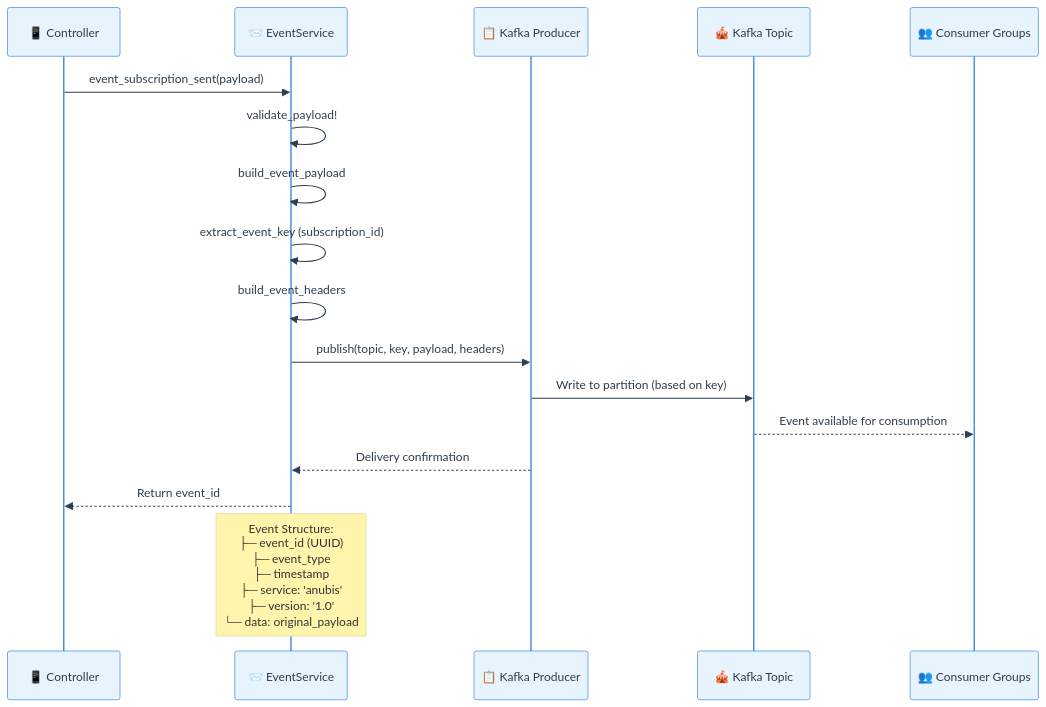
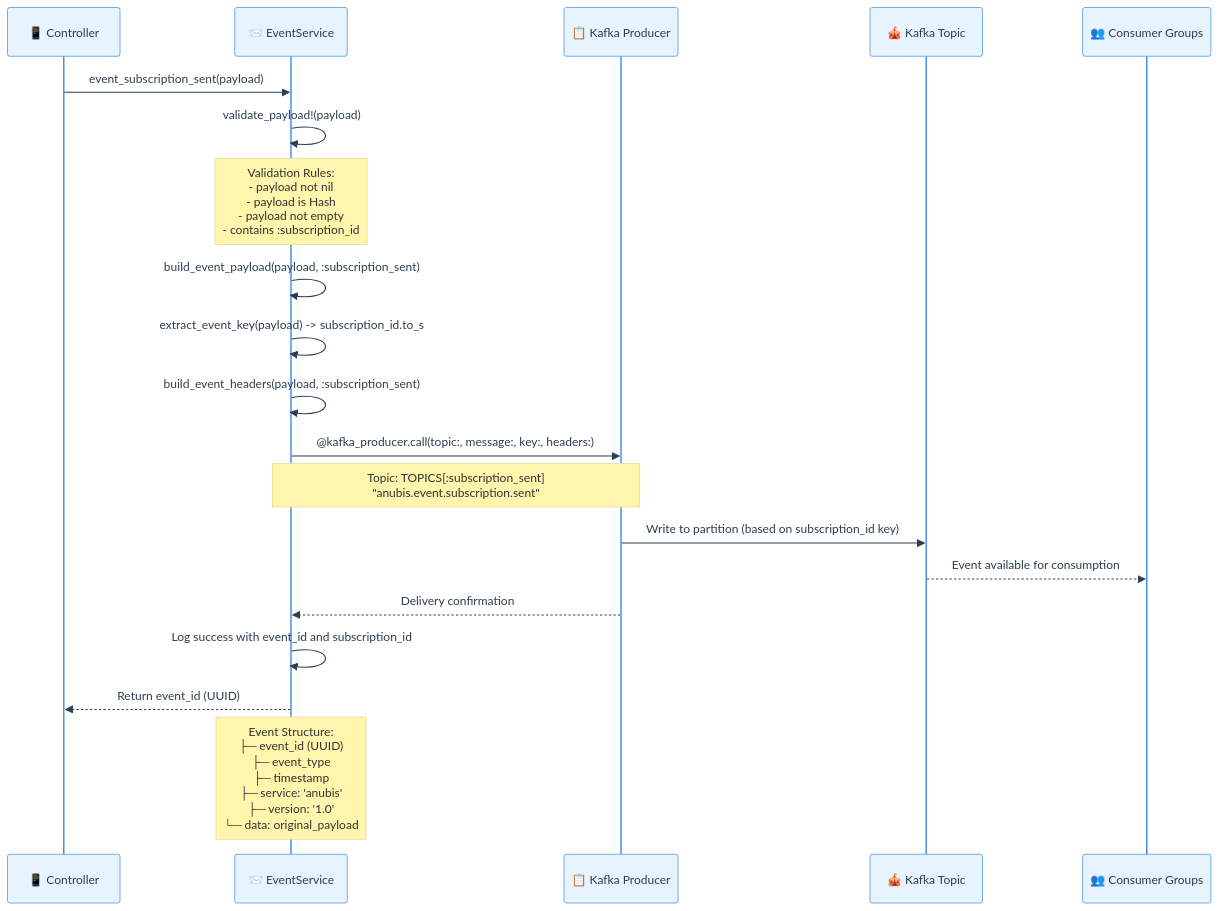
Before and after one commit to enogrob/project-qeevo-anubis: the sixth of 6 diagrams in inputs/started-requirements.md, drawn with Mermaid. The commit also changed other lines of this file, not shown here.

Commit message:
reviewed-started-requirements-due-to-event-service

````diff
--- a/inputs/started-requirements.md
+++ b/inputs/started-requirements.md
@@ -468,36 +486,40 @@
 ```mermaid
 %%{init: {
   'theme':'base',
   'themeVariables': {
     'primaryColor':'#E8F4FD',
     'primaryBorderColor':'#4A90E2',
     'primaryTextColor':'#2C3E50',
     'secondaryColor':'#F0F8E8',
     'tertiaryColor':'#FDF2E8',
     'quaternaryColor':'#F8E8F8',
     'lineColor':'#5D6D7E',
     'fontFamily':'Inter,Segoe UI,Arial'
   }
 }}%%
 sequenceDiagram
     participant Controller as 📱 Controller
     participant ES as 📨 EventService
     participant Kafka as 📋 Kafka Producer
     participant Topic as 🎪 Kafka Topic
     participant Consumer as 👥 Consumer Groups
     
     Controller->>ES: event_subscription_sent(payload)
-    ES->>ES: validate_payload!
-    ES->>ES: build_event_payload
-    ES->>ES: extract_event_key (subscription_id)
-    ES->>ES: build_event_headers
+    ES->>ES: validate_payload!(payload)
+    Note over ES: Validation Rules:<br/>- payload not nil<br/>- payload is Hash<br/>- payload not empty<br/>- contains :subscription_id
     
-    ES->>Kafka: publish(topic, key, payload, headers)
-    Kafka->>Topic: Write to partition (based on key)
+    ES->>ES: build_event_payload(payload, :subscription_sent)
+    ES->>ES: extract_event_key(payload) -> subscription_id.to_s
+    ES->>ES: build_event_headers(payload, :subscription_sent)
+    
+    ES->>Kafka: @kafka_producer.call(topic:, message:, key:, headers:)
+    Note over ES,Kafka: Topic: TOPICS[:subscription_sent]<br/>"anubis.event.subscription.sent"
+    Kafka->>Topic: Write to partition (based on subscription_id key)
     Topic-->>Consumer: Event available for consumption
     
     Kafka-->>ES: Delivery confirmation
-    ES-->>Controller: Return event_id
+    ES->>ES: Log success with event_id and subscription_id
+    ES-->>Controller: Return event_id (UUID)
     
     Note over ES: Event Structure:<br/>├─ event_id (UUID)<br/>├─ event_type<br/>├─ timestamp<br/>├─ service: 'anubis'<br/>├─ version: '1.0'<br/>└─ data: original_payload
 ```
````
